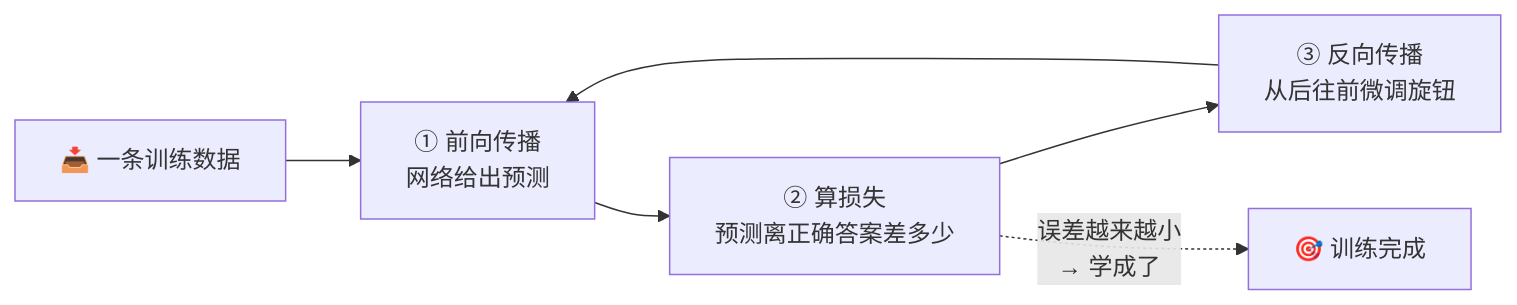
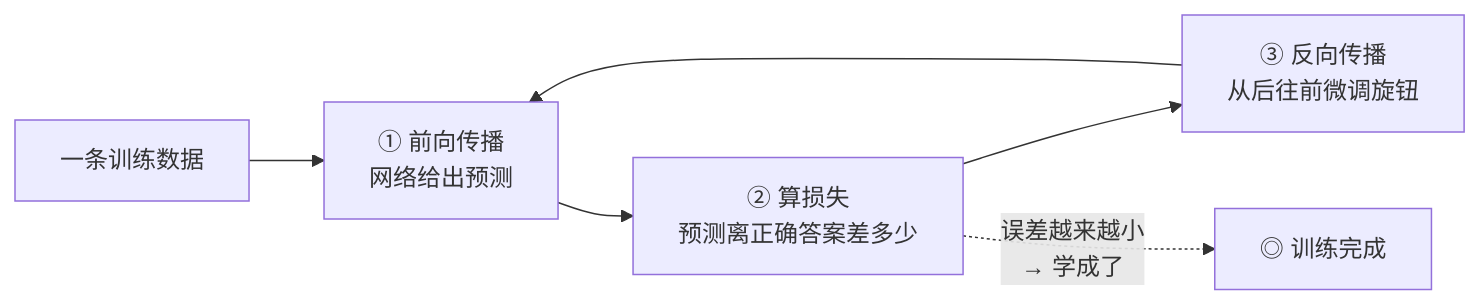
Before and after one commit to luckykhy/KhyAiHub: the fourth of 8 diagrams in docs/02_CONCEPTS_概念入门/CONCEPT/[CONCEPT-13] 什么是深度学习-DeepLearning.md, drawn with Mermaid. The commit also changed other lines of this file and 19 other files, not shown here.

````diff
--- a/docs/02_CONCEPTS_概念入门/CONCEPT/[CONCEPT-13] 什么是深度学习-DeepLearning.md
+++ b/docs/02_CONCEPTS_概念入门/CONCEPT/[CONCEPT-13] 什么是深度学习-DeepLearning.md
@@ -142,8 +142,8 @@
 ```mermaid
 flowchart LR
-  X["📥 一条训练数据"] --> F["① 前向传播<br/>网络给出预测"]
+  X["一条训练数据"] --> F["① 前向传播<br/>网络给出预测"]
   F --> L["② 算损失<br/>预测离正确答案差多少"]
   L --> B["③ 反向传播<br/>从后往前微调旋钮"]
   B --> F
-  L -.->|"误差越来越小<br/>→ 学成了"| DONE["🎯 训练完成"]
+  L -.->|"误差越来越小<br/>→ 学成了"| DONE["◎ 训练完成"]
 ```
````
